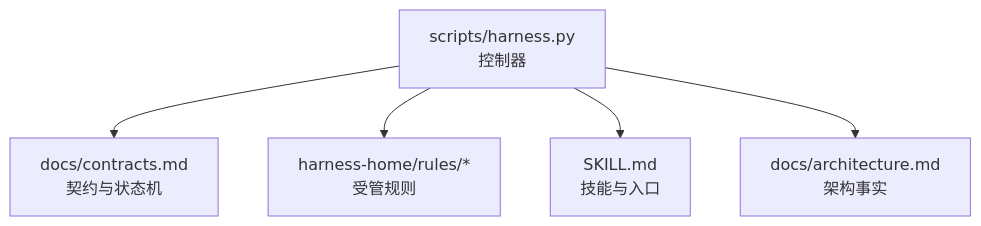
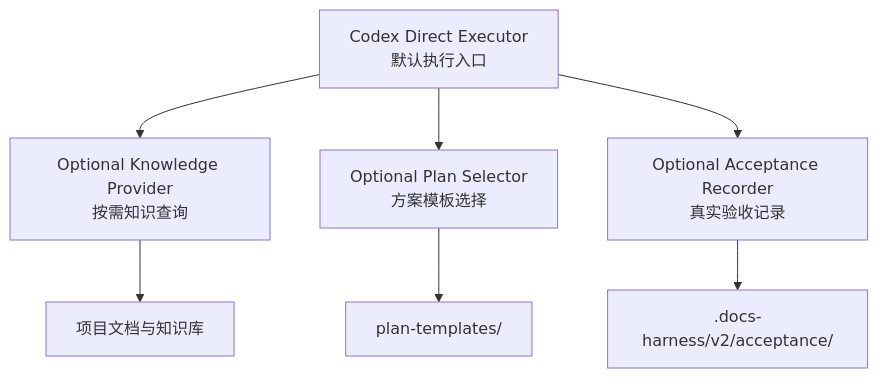
Before and after one commit to HackSing/docs-harness: the first of 3 diagrams in .qoder/repowiki/zh/content/核心概念/核心概念.md, drawn with Mermaid. The commit also changed other lines of this file and 42 other files, not shown here.

````diff
--- a/.qoder/repowiki/zh/content/核心概念/核心概念.md
+++ b/.qoder/repowiki/zh/content/核心概念/核心概念.md
@@ -46,7 +45,9 @@
 ```mermaid
 graph TB
-A["scripts/harness.py<br/>控制器"] --> B["docs/contracts.md<br/>契约与状态机"]
-A --> C["harness-home/rules/*<br/>受管规则"]
-A --> D["SKILL.md<br/>技能与入口"]
-A --> E["docs/architecture.md<br/>架构事实"]
+A["Codex Direct Executor<br/>默认执行入口"] --> B["Optional Knowledge Provider<br/>按需知识查询"]
+A --> C["Optional Plan Selector<br/>方案模板选择"]
+A --> D["Optional Acceptance Recorder<br/>真实验收记录"]
+B --> E["项目文档与知识库"]
+C --> F["plan-templates/"]
+D --> G[".docs-harness/v2/acceptance/"]
 ```
````
